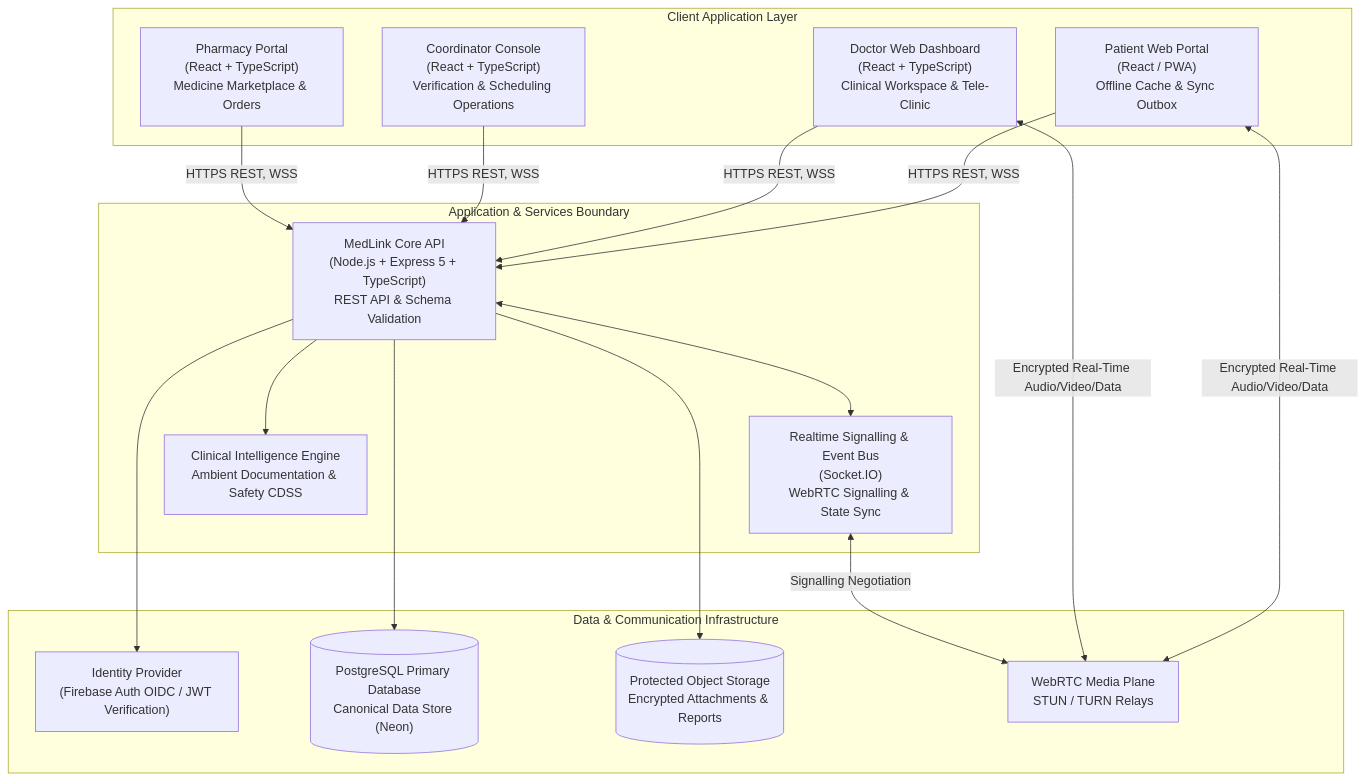
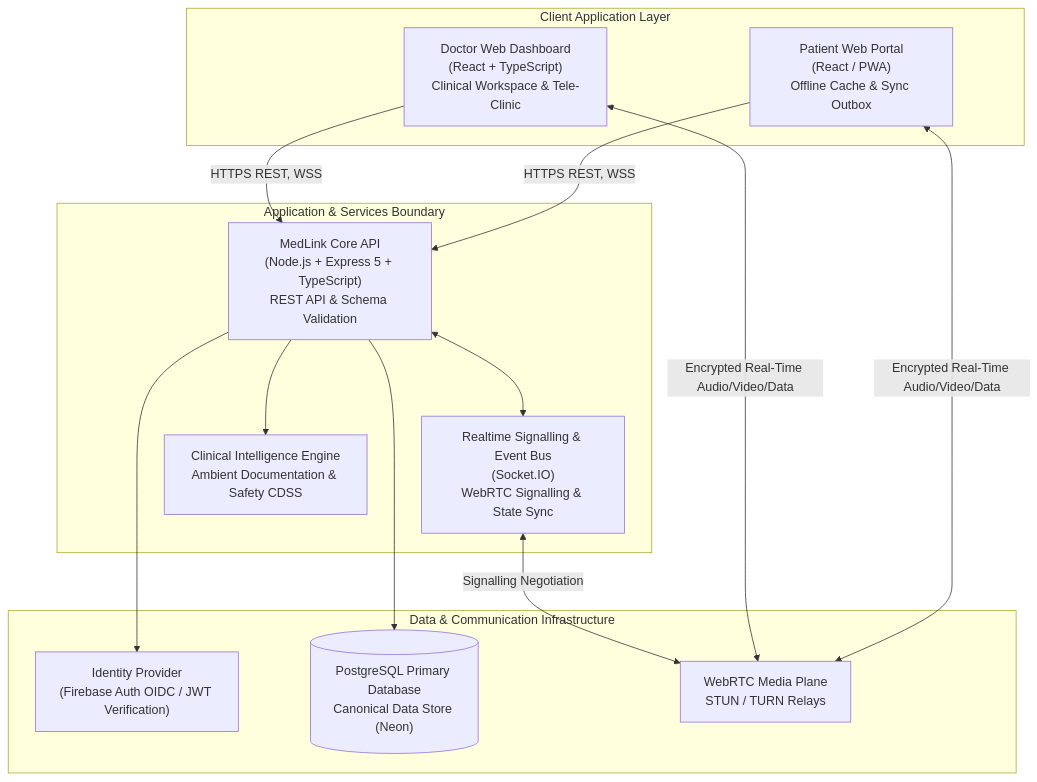
One commit to abhijeetnardele24-hash/medlink changed the first of 5 diagrams in README.md. Above: the diagram before and after it, drawn with Mermaid. The commit also changed other lines of this file, not shown here.

Commit message:
docs: rewrite README to remove scope creep and explain offline postgres architecture

````diff
--- a/README.md
+++ b/README.md
@@ -33,37 +31,31 @@
 ```mermaid
 flowchart TB
     subgraph Clients["Client Application Layer"]
         PA["Patient Web Portal<br/>(React / PWA)<br/>Offline Cache & Sync Outbox"]
         DW["Doctor Web Dashboard<br/>(React + TypeScript)<br/>Clinical Workspace & Tele-Clinic"]
-        CW["Coordinator Console<br/>(React + TypeScript)<br/>Verification & Scheduling Operations"]
-        PW["Pharmacy Portal<br/>(React + TypeScript)<br/>Medicine Marketplace & Orders"]
     end
 
     subgraph CoreServices["Application & Services Boundary"]
         API["MedLink Core API<br/>(Node.js + Express 5 + TypeScript)<br/>REST API & Schema Validation"]
         WSS["Realtime Signalling & Event Bus<br/>(Socket.IO)<br/>WebRTC Signalling & State Sync"]
         CDSS["Clinical Intelligence Engine<br/>Ambient Documentation & Safety CDSS"]
     end
 
     subgraph Infrastructure["Data & Communication Infrastructure"]
         AUTH["Identity Provider<br/>(Firebase Auth OIDC / JWT Verification)"]
         DB[("PostgreSQL Primary Database<br/>Canonical Data Store (Neon)")]
-        STORE[("Protected Object Storage<br/>Encrypted Attachments & Reports")]
         RTC["WebRTC Media Plane<br/>STUN / TURN Relays"]
     end
 
     PA -->|HTTPS REST, WSS| API
     DW -->|HTTPS REST, WSS| API
-    CW -->|HTTPS REST, WSS| API
-    PW -->|HTTPS REST, WSS| API
 
     API <--> WSS
     API --> CDSS
     API --> AUTH
     API --> DB
-    API --> STORE
 
     PA <-->|Encrypted Real-Time Audio/Video/Data| RTC
     DW <-->|Encrypted Real-Time Audio/Video/Data| RTC
     WSS <-->|Signalling Negotiation| RTC
 ```
````
